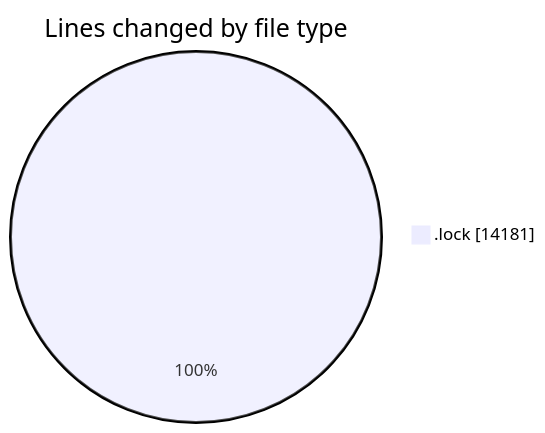
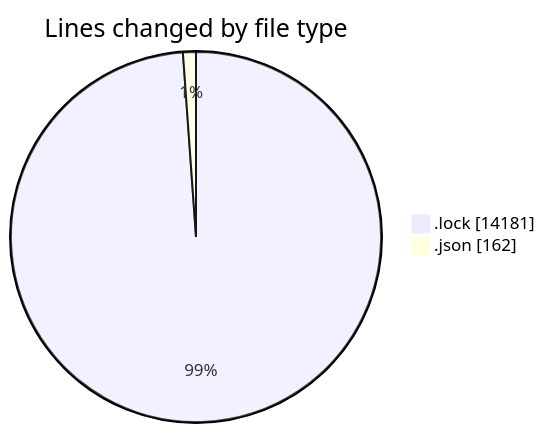
One commit to momahboobian/code-tracking changed the first of 2 diagrams in 2026-01-07/cda/README.md. Above: the diagram before and after it, drawn with Mermaid. The commit also changed other lines of this file and 1 other file, not shown here.

````diff
--- a/2026-01-07/cda/README.md
+++ b/2026-01-07/cda/README.md
@@ -20,5 +22,6 @@
 ```mermaid
 pie showData
 title Lines changed by file type
 ".lock" : 14181
+".json" : 162
 ```
````
